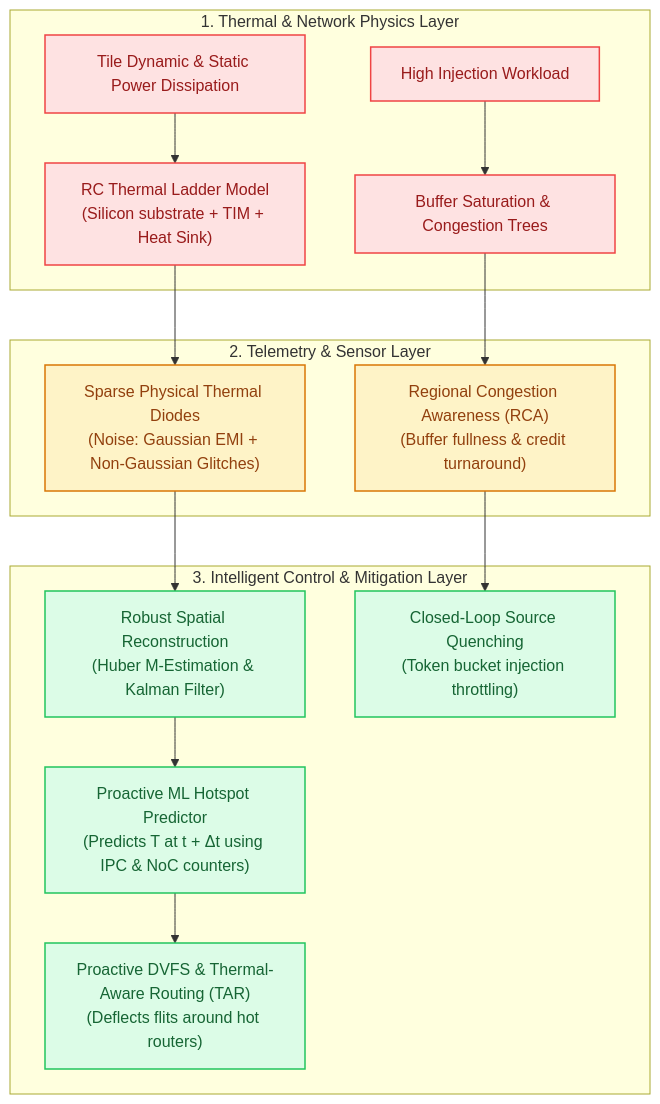
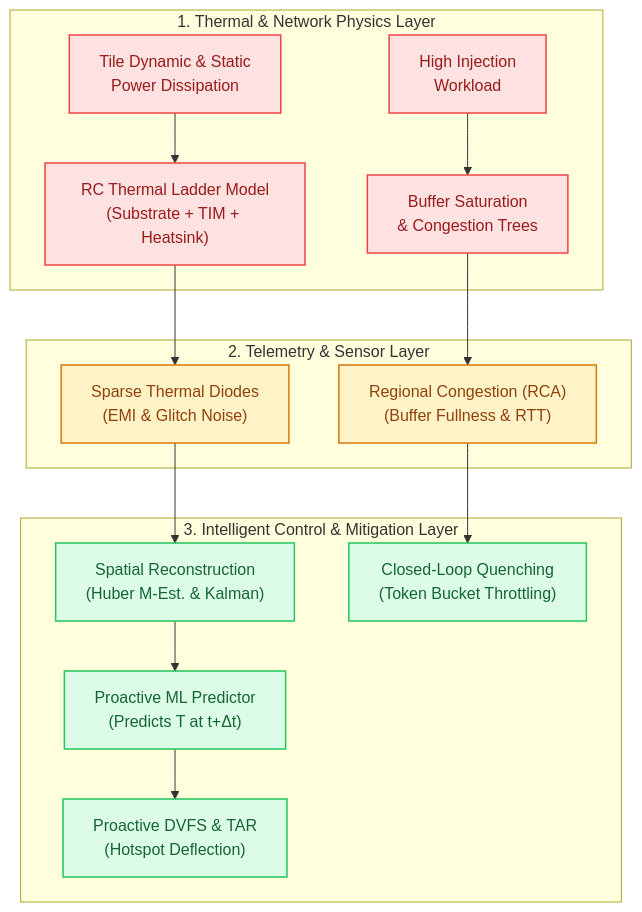
The diagram in docs/track5-congestion-thermal/index.md (network-on-chip/learning), drawn with Mermaid before and after one commit. The commit also changed 15 other files, not shown here.

Commit message:
docs: clean repository paths and wrap Mermaid flowchart node labels

````diff
--- a/docs/track5-congestion-thermal/index.md
+++ b/docs/track5-congestion-thermal/index.md
@@ -41,27 +41,27 @@
 ```mermaid
 graph TD
   subgraph Physical_Thermal_Layer ["1. Thermal & Network Physics Layer"]
-    Power["Tile Dynamic & Static Power Dissipation"] --> RC["RC Thermal Ladder Model<br/>(Silicon substrate + TIM + Heat Sink)"]
-    Traffic["High Injection Workload"] --> Saturation["Buffer Saturation & Congestion Trees"]
+    Power["Tile Dynamic & Static<br/>Power Dissipation"] --> RC["RC Thermal Ladder Model<br/>(Substrate + TIM + Heatsink)"]
+    Traffic["High Injection<br/>Workload"] --> Saturation["Buffer Saturation<br/>& Congestion Trees"]
   end
 
   subgraph Telemetry_Sensing_Layer ["2. Telemetry & Sensor Layer"]
-    RC --> Sensors["Sparse Physical Thermal Diodes<br/>(Noise: Gaussian EMI + Non-Gaussian Glitches)"]
-    Saturation --> RCA_Telemetry["Regional Congestion Awareness (RCA)<br/>(Buffer fullness & credit turnaround)"]
+    RC --> Sensors["Sparse Thermal Diodes<br/>(EMI & Glitch Noise)"]
+    Saturation --> RCA_Telemetry["Regional Congestion (RCA)<br/>(Buffer Fullness & RTT)"]
   end
 
   subgraph Control_Mitigation_Layer ["3. Intelligent Control & Mitigation Layer"]
-    Sensors --> Recon["Robust Spatial Reconstruction<br/>(Huber M-Estimation & Kalman Filter)"]
-    RCA_Telemetry --> Quench["Closed-Loop Source Quenching<br/>(Token bucket injection throttling)"]
-    Recon --> ML_Predict["Proactive ML Hotspot Predictor<br/>(Predicts T at t + Δt using IPC & NoC counters)"]
-    ML_Predict --> DTM["Proactive DVFS & Thermal-Aware Routing (TAR)<br/>(Deflects flits around hot routers)"]
+    Sensors --> Recon["Spatial Reconstruction<br/>(Huber M-Est. & Kalman)"]
+    RCA_Telemetry --> Quench["Closed-Loop Quenching<br/>(Token Bucket Throttling)"]
+    Recon --> ML_Predict["Proactive ML Predictor<br/>(Predicts T at t+Δt)"]
+    ML_Predict --> DTM["Proactive DVFS & TAR<br/>(Hotspot Deflection)"]
   end
 
   classDef physStyle fill:#fee2e2,stroke:#ef4444,stroke-width:1.5px,color:#991b1b;
   classDef telemStyle fill:#fef3c7,stroke:#d97706,stroke-width:1.5px,color:#92400e;
   classDef ctrlStyle fill:#dcfce7,stroke:#22c55e,stroke-width:1.5px,color:#166534;
 
   class Power,RC,Traffic,Saturation physStyle;
   class Sensors,RCA_Telemetry telemStyle;
   class Recon,Quench,ML_Predict,DTM ctrlStyle;
 ```
````
